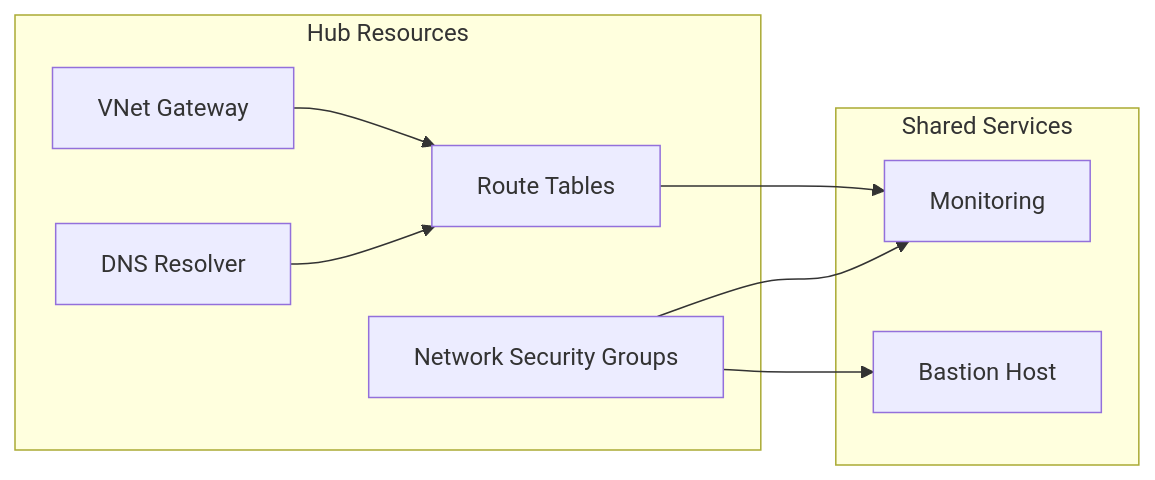
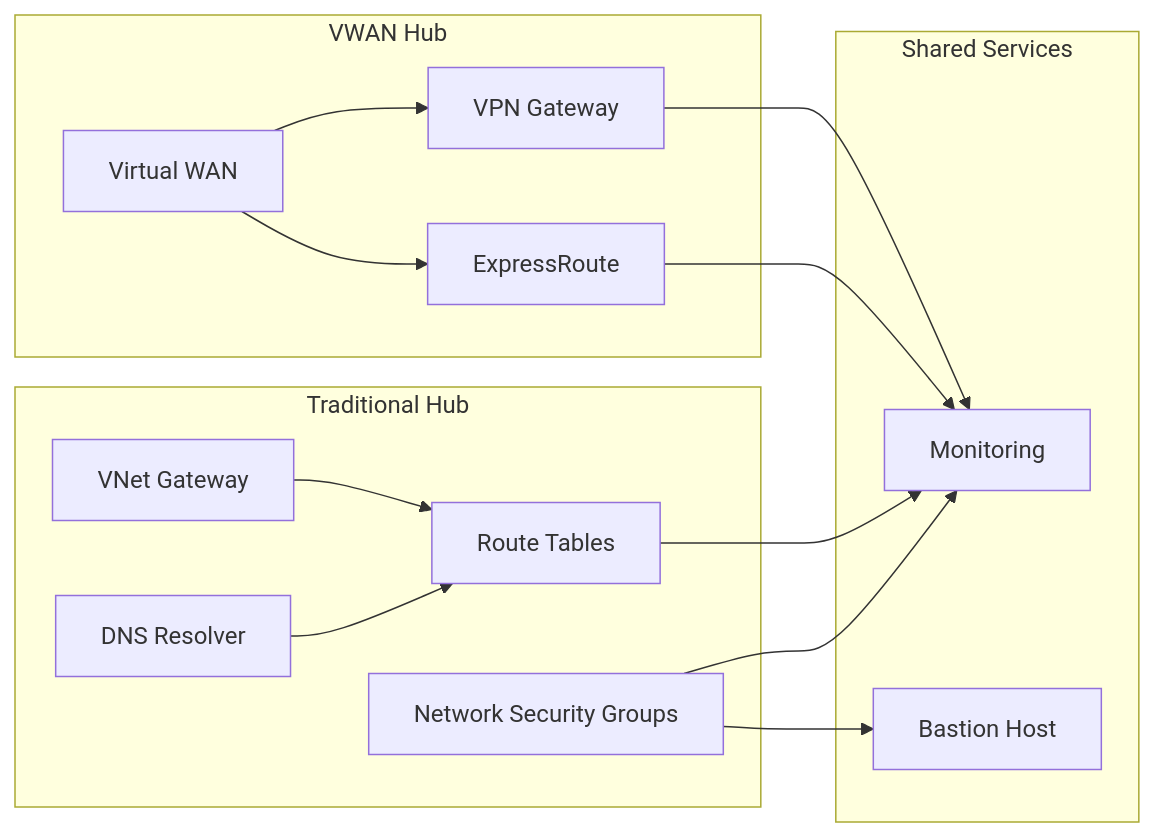
The second of 3 diagrams in memory-bank/systemPatterns.md (entee28/de-facto-azure-ldz), drawn with Mermaid before and after one commit. The commit also changed other lines of this file and 8 other files, not shown here.

````diff
--- a/memory-bank/systemPatterns.md
+++ b/memory-bank/systemPatterns.md
@@ -49,20 +73,31 @@
 ```mermaid
 graph LR
-    subgraph Hub Resources
+    subgraph Traditional Hub
         VNG[VNet Gateway]
         DNS[DNS Resolver]
         RT[Route Tables]
         NSG[Network Security Groups]
+    end
+
+    subgraph VWAN Hub
+        VWAN[Virtual WAN]
+        ER[ExpressRoute]
+        VPN[VPN Gateway]
     end
 
     subgraph Shared Services
         MON[Monitoring]
         BAS[Bastion Host]
     end
 
     VNG --> RT
     DNS --> RT
     RT --> MON
     NSG --> BAS
     NSG --> MON
+
+    VWAN --> ER
+    VWAN --> VPN
+    ER --> MON
+    VPN --> MON
 ```
````
